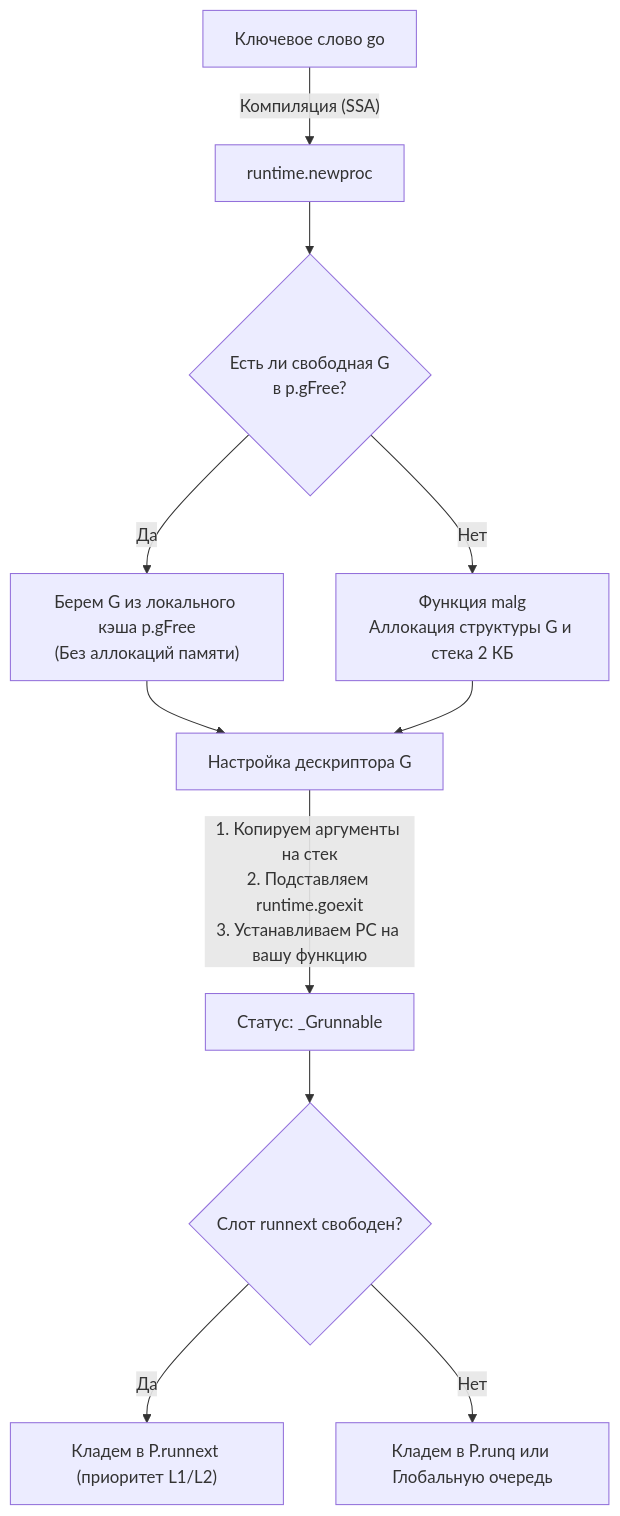
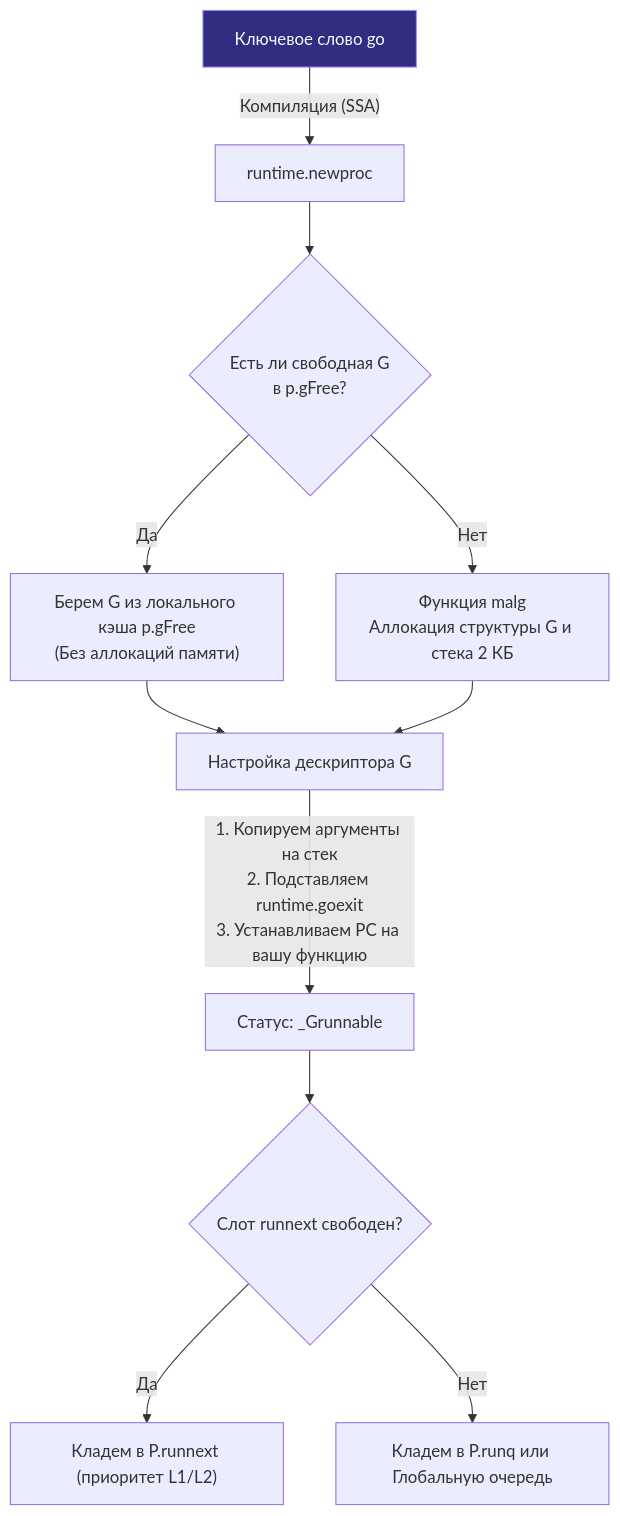
Before and after one commit to UnrealTemplier/go-textbook: the diagram in sources/7. Глубокий Go (Внутреннее устройство)/12. Как создается и завершается goroutine.md, drawn with Mermaid. The commit also changed 1666 other files, not shown here.

First line of the commit message:
feat(mermaid): add semantic color classDef to 1369 colorless flowchart/graph diagrams

````diff
--- a/sources/7. Глубокий Go (Внутреннее устройство)/12. Как создается и завершается goroutine.md
+++ b/sources/7. Глубокий Go (Внутреннее устройство)/12. Как создается и завершается goroutine.md
@@ -21,18 +21,28 @@
 ```mermaid
 flowchart TD
-    GO_KW["Ключевое слово go"] -->|"Компиляция (SSA)"| NEWPROC["runtime.newproc"]
+    classDef process  fill:#1e293b,stroke:#38bdf8,stroke-width:1px,color:#f8fafc
+    classDef success  fill:#064e3b,stroke:#34d399,stroke-width:1px,color:#f8fafc
+    classDef error    fill:#7f1d1d,stroke:#f87171,stroke-width:1px,color:#f8fafc
+    classDef warning  fill:#78350f,stroke:#fbbf24,stroke-width:1px,color:#f8fafc
+    classDef entry    fill:#1e3a5f,stroke:#38bdf8,stroke-width:2px,color:#f8fafc
+    classDef aux      fill:#334155,stroke:#64748b,stroke-width:1px,color:#f8fafc
+    classDef system   fill:#312e81,stroke:#a78bfa,stroke-width:1px,color:#f8fafc
+    classDef data     fill:#132d29,stroke:#2dd4bf,stroke-width:1px,color:#f8fafc
+    classDef network  fill:#881337,stroke:#fb7185,stroke-width:1px,color:#f8fafc
+    classDef accent   fill:#1e1b4b,stroke:#818cf8,stroke-width:1px,color:#f8fafc
+    GO_KW["Ключевое слово go"]:::system -->|"Компиляция (SSA)"| NEWPROC["runtime.newproc"]
     
     NEWPROC --> CHECK_GFREE{"Есть ли свободная G<br>в p.gFree?"}
     
     CHECK_GFREE -->|"Да"| REUSE_G["Берем G из локального кэша p.gFree<br>(Без аллокаций памяти)"]
     CHECK_GFREE -->|"Нет"| MALG["Функция malg<br>Аллокация структуры G и стека 2 КБ"]
     
     REUSE_G --> SETUP_G["Настройка дескриптора G"]
     MALG --> SETUP_G
     
     SETUP_G -->|"1. Копируем аргументы на стек<br>2. Подставляем runtime.goexit<br>3. Устанавливаем PC на вашу функцию"| SET_RUNNABLE["Статус: _Grunnable"]
     
     SET_RUNNABLE --> PUT_RUNNEXT{"Слот runnext свободен?"}
     PUT_RUNNEXT -->|"Да"| RUNNEXT["Кладем в P.runnext (приоритет L1/L2)"]
     PUT_RUNNEXT -->|"Нет"| RUNQ["Кладем в P.runq или Глобальную очередь"]
 ```
````
